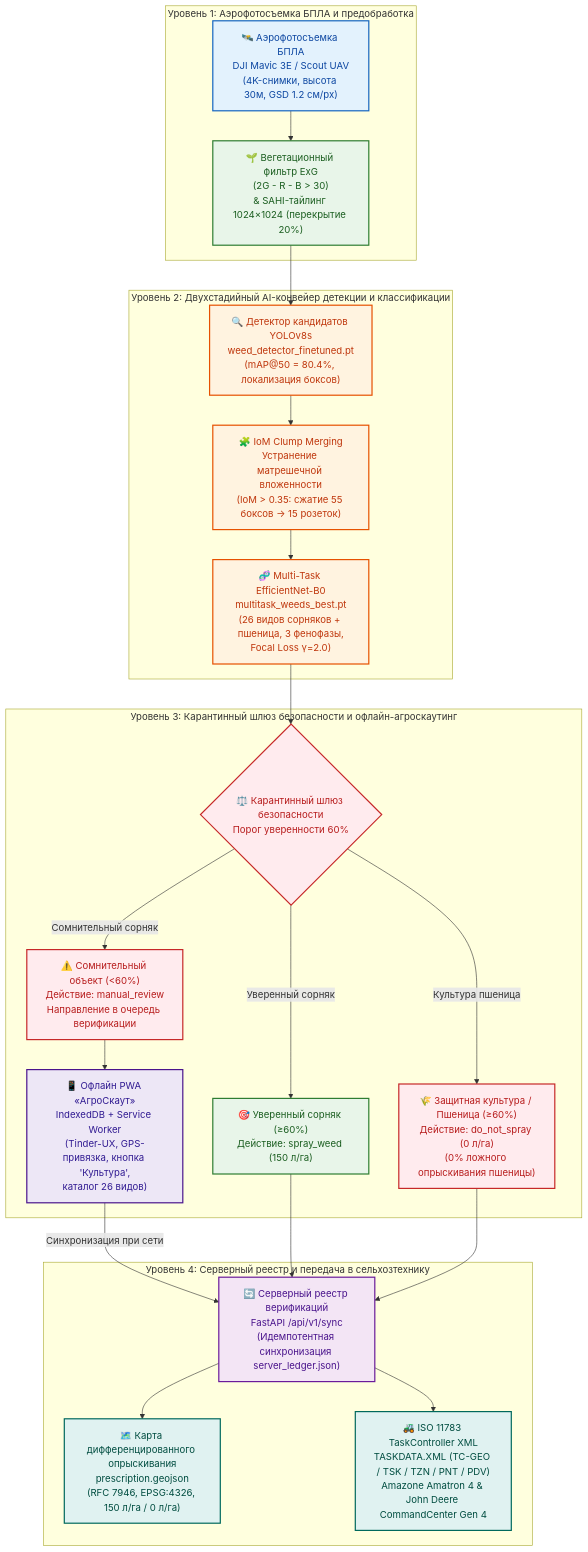
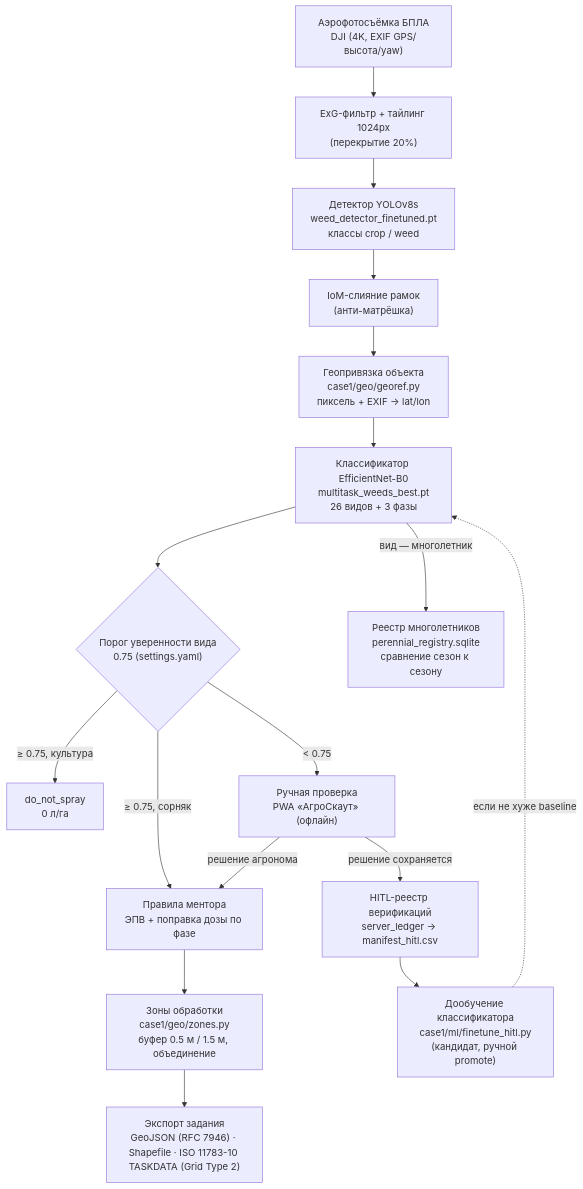
Before and after one commit to Krazher220-Ceo/TeenGrade-Qostanai_AgroTech_Hackathon_2026-: the diagram in README.md, drawn with Mermaid. The commit also changed other lines of this file and 5 other files, not shown here.

````diff
--- a/README.md
+++ b/README.md
@@ -40,51 +29,19 @@
 ```mermaid
 flowchart TD
-    classDef uav fill:#E3F2FD,stroke:#1565C0,stroke-width:2px,color:#0D47A1;
-    classDef edge fill:#E8F5E9,stroke:#2E7D32,stroke-width:2px,color:#1B5E20;
-    classDef ai fill:#FFF3E0,stroke:#E65100,stroke-width:2px,color:#BF360C;
-    classDef safety fill:#FFEBEE,stroke:#C62828,stroke-width:2px,color:#B71C1C;
-    classDef mobile fill:#EDE7F6,stroke:#4A148C,stroke-width:2px,color:#311B92;
-    classDef server fill:#F3E5F5,stroke:#6A1B9A,stroke-width:2px,color:#4A148C;
-    classDef isobus fill:#E0F2F1,stroke:#00695C,stroke-width:2px,color:#004D40;
-
-    subgraph Tier1 ["Уровень 1: Аэрофотосъемка БПЛА и предобработка"]
-        A["🛰️ Аэрофотосъемка БПЛА<br/>DJI Mavic 3E / Scout UAV<br/>(4K-снимки, высота 30м, GSD 1.2 см/px)"]:::uav
-        B["🌱 Вегетационный фильтр ExG<br/>(2G - R - B > 30)<br/>& SAHI-тайлинг 1024×1024 (перекрытие 20%)"]:::edge
-    end
-
-    subgraph Tier2 ["Уровень 2: Двухстадийный AI-конвейер детекции и классификации"]
-        C["🔍 Детектор кандидатов YOLOv8s<br/>weed_detector_finetuned.pt<br/>(mAP@50 = 80.4%, локализация боксов)"]:::ai
-        D["🧩 IoM Clump Merging<br/>Устранение матрешечной вложенности<br/>(IoM > 0.35: сжатие 55 боксов → 15 розеток)"]:::ai
-        E["🧬 Multi-Task EfficientNet-B0<br/>multitask_weeds_best.pt<br/>(26 видов сорняков + пшеница, 3 фенофазы,<br/>Focal Loss γ=2.0)"]:::ai
-    end
-
-    subgraph Tier3 ["Уровень 3: Карантинный шлюз безопасности и офлайн-агроскаутинг"]
-        F{"⚖️ Карантинный шлюз безопасности<br/>Порог уверенности 60%"}:::safety
-        F1["🌾 Защитная культура / Пшеница (≥60%)<br/>Действие: do_not_spray (0 л/га)<br/>(0% ложного опрыскивания пшеницы)"]:::safety
-        F2["🎯 Уверенный сорняк (≥60%)<br/>Действие: spray_weed (150 л/га)"]:::edge
-        F3["⚠️ Сомнительный объект (<60%)<br/>Действие: manual_review<br/>Направление в очередь верификации"]:::safety
-        G["📱 Офлайн PWA «АгроСкаут»<br/>IndexedDB + Service Worker<br/>(Tinder-UX, GPS-привязка, кнопка 'Культура',<br/>каталог 26 видов)"]:::mobile
-    end
-
-    subgraph Tier4 ["Уровень 4: Серверный реестр и передача в сельхозтехнику"]
-        H["🔄 Серверный реестр верификаций<br/>FastAPI /api/v1/sync<br/>(Идемпотентная синхронизация server_ledger.json)"]:::server
-        I1["🗺️ Карта дифференцированного опрыскивания<br/>prescription.geojson<br/>(RFC 7946, EPSG:4326, 150 л/га / 0 л/га)"]:::isobus
-        I2["🚜 ISO 11783 TaskController XML<br/>TASKDATA.XML (TC-GEO / TSK / TZN / PNT / PDV)<br/>Amazone Amatron 4 & John Deere CommandCenter Gen 4"]:::isobus
-    end
-
-    %% Связи пайплайна
-    A --> B
-    B --> C
-    C --> D
-    D --> E
-    E --> F
-    F -->|Культура пшеница| F1
-    F -->|Уверенный сорняк| F2
-    F -->|Сомнительный сорняк| F3
-    F3 --> G
-    G -->|Синхронизация при сети| H
-    F2 --> H
-    F1 --> H
-    H --> I1
-    H --> I2
+    A["Аэрофотосъёмка БПЛА<br/>DJI (4K, EXIF GPS/высота/yaw)"] --> B["ExG-фильтр + тайлинг 1024px<br/>(перекрытие 20%)"]
+    B --> C["Детектор YOLOv8s<br/>weed_detector_finetuned.pt<br/>классы crop / weed"]
+    C --> D["IoM-слияние рамок<br/>(анти-матрёшка)"]
+    D --> E["Геопривязка объекта<br/>case1/geo/georef.py<br/>пиксель + EXIF → lat/lon"]
+    E --> F["Классификатор EfficientNet-B0<br/>multitask_weeds_best.pt<br/>26 видов + 3 фазы"]
+    F --> G{"Порог уверенности вида<br/>0.75 (settings.yaml)"}
+    G -->|"≥ 0.75, культура"| H1["do_not_spray<br/>0 л/га"]
+    G -->|"≥ 0.75, сорняк"| H2["Правила ментора<br/>ЭПВ + поправка дозы по фазе"]
+    G -->|"< 0.75"| I["Ручная проверка<br/>PWA «АгроСкаут» (офлайн)"]
+    I -->|"решение агронома"| H2
+    I -->|"решение сохраняется"| J["HITL-реестр верификаций<br/>server_ledger → manifest_hitl.csv"]
+    J --> K["Дообучение классификатора<br/>case1/ml/finetune_hitl.py<br/>(кандидат, ручной promote)"]
+    K -.->|"если не хуже baseline"| F
+    H2 --> L["Зоны обработки<br/>case1/geo/zones.py<br/>буфер 0.5 м / 1.5 м, объединение"]
+    L --> M["Экспорт задания<br/>GeoJSON (RFC 7946) · Shapefile · ISO 11783-10 TASKDATA (Grid Type 2)"]
+    F -->|"вид — многолетник"| N["Реестр многолетников<br/>perennial_registry.sqlite<br/>сравнение сезон к сезону"]
 ```
````
